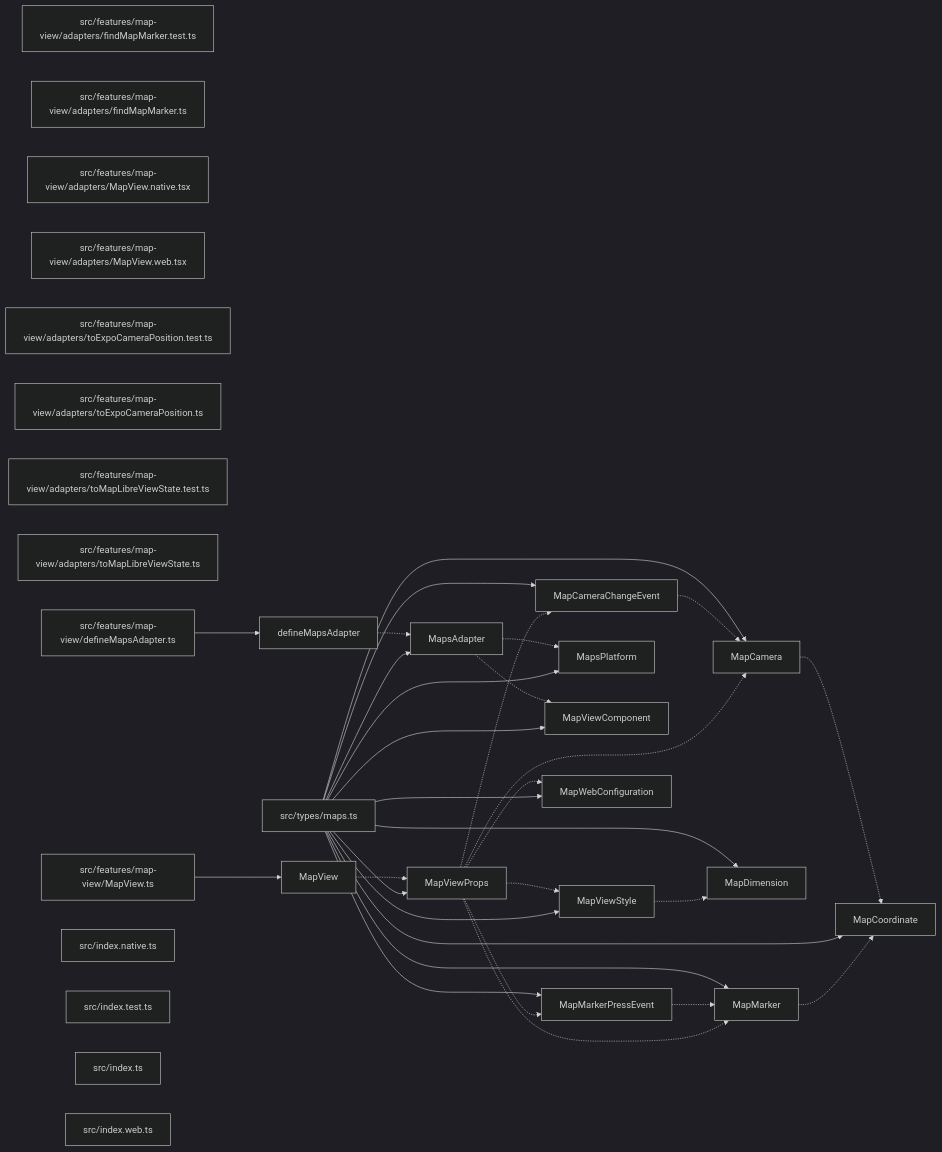
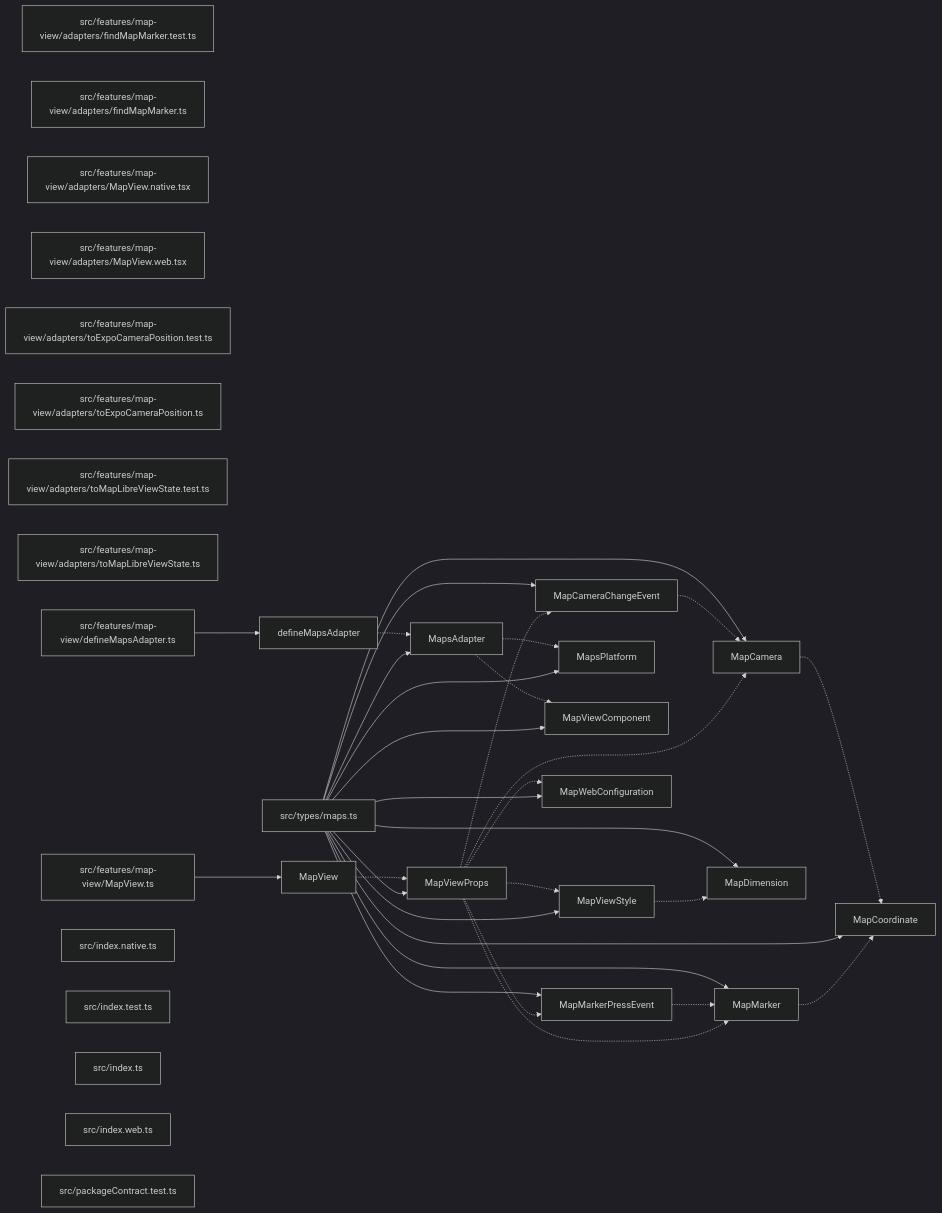
One commit to ankhorage/maps changed the diagram in paradox/diagrams/export-graph.mmd. Above: the diagram before and after it, drawn with Mermaid (dark theme). The commit also changed 10 other files, not shown here.

```diff
--- a/paradox/diagrams/export-graph.mmd
+++ b/paradox/diagrams/export-graph.mmd
@@ -1,59 +1,60 @@
 graph LR
   module_src_features_map_view_adapters_findMapMarker_test_ts["src/features/map-view/adapters/findMapMarker.test.ts"]
   module_src_features_map_view_adapters_findMapMarker_ts["src/features/map-view/adapters/findMapMarker.ts"]
   module_src_features_map_view_adapters_MapView_native_tsx["src/features/map-view/adapters/MapView.native.tsx"]
   module_src_features_map_view_adapters_MapView_web_tsx["src/features/map-view/adapters/MapView.web.tsx"]
   module_src_features_map_view_adapters_toExpoCameraPosition_test_ts["src/features/map-view/adapters/toExpoCameraPosition.test.ts"]
   module_src_features_map_view_adapters_toExpoCameraPosition_ts["src/features/map-view/adapters/toExpoCameraPosition.ts"]
   module_src_features_map_view_adapters_toMapLibreViewState_test_ts["src/features/map-view/adapters/toMapLibreViewState.test.ts"]
   module_src_features_map_view_adapters_toMapLibreViewState_ts["src/features/map-view/adapters/toMapLibreViewState.ts"]
   module_src_features_map_view_defineMapsAdapter_ts["src/features/map-view/defineMapsAdapter.ts"]
   module_src_features_map_view_MapView_ts["src/features/map-view/MapView.ts"]
   module_src_index_native_ts["src/index.native.ts"]
   module_src_index_test_ts["src/index.test.ts"]
   module_src_index_ts["src/index.ts"]
   module_src_index_web_ts["src/index.web.ts"]
+  module_src_packageContract_test_ts["src/packageContract.test.ts"]
   module_src_types_maps_ts["src/types/maps.ts"]
   export_defineMapsAdapter["defineMapsAdapter"]
   module_src_features_map_view_defineMapsAdapter_ts --> export_defineMapsAdapter
   export_defineMapsAdapter -.-> export_MapsAdapter
   export_MapCamera["MapCamera"]
   module_src_types_maps_ts --> export_MapCamera
   export_MapCamera -.-> export_MapCoordinate
   export_MapCameraChangeEvent["MapCameraChangeEvent"]
   module_src_types_maps_ts --> export_MapCameraChangeEvent
   export_MapCameraChangeEvent -.-> export_MapCamera
   export_MapCoordinate["MapCoordinate"]
   module_src_types_maps_ts --> export_MapCoordinate
   export_MapDimension["MapDimension"]
   module_src_types_maps_ts --> export_MapDimension
   export_MapMarker["MapMarker"]
   module_src_types_maps_ts --> export_MapMarker
   export_MapMarker -.-> export_MapCoordinate
   export_MapMarkerPressEvent["MapMarkerPressEvent"]
   module_src_types_maps_ts --> export_MapMarkerPressEvent
   export_MapMarkerPressEvent -.-> export_MapMarker
   export_MapsAdapter["MapsAdapter"]
   module_src_types_maps_ts --> export_MapsAdapter
   export_MapsAdapter -.-> export_MapsPlatform
   export_MapsAdapter -.-> export_MapViewComponent
   export_MapsPlatform["MapsPlatform"]
   module_src_types_maps_ts --> export_MapsPlatform
   export_MapView["MapView"]
   module_src_features_map_view_MapView_ts --> export_MapView
   export_MapView -.-> export_MapViewProps
   export_MapViewComponent["MapViewComponent"]
   module_src_types_maps_ts --> export_MapViewComponent
   export_MapViewProps["MapViewProps"]
   module_src_types_maps_ts --> export_MapViewProps
   export_MapViewProps -.-> export_MapCamera
   export_MapViewProps -.-> export_MapCameraChangeEvent
   export_MapViewProps -.-> export_MapMarker
   export_MapViewProps -.-> export_MapMarkerPressEvent
   export_MapViewProps -.-> export_MapViewStyle
   export_MapViewProps -.-> export_MapWebConfiguration
   export_MapViewStyle["MapViewStyle"]
   module_src_types_maps_ts --> export_MapViewStyle
   export_MapViewStyle -.-> export_MapDimension
   export_MapWebConfiguration["MapWebConfiguration"]
   module_src_types_maps_ts --> export_MapWebConfiguration
```
